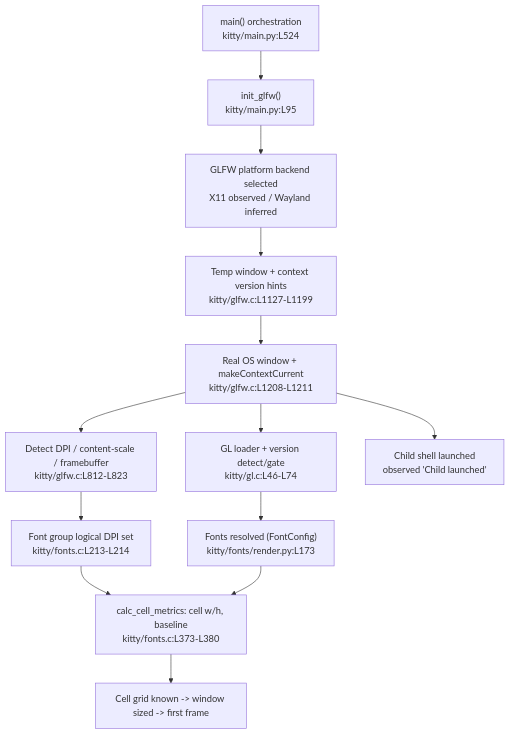
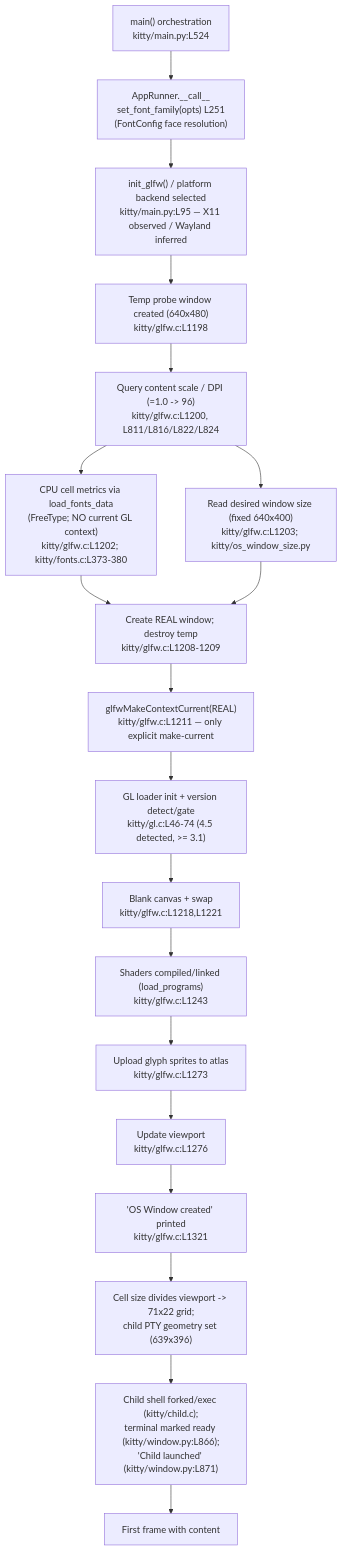
Before and after one commit to blitzy-research/kitty: the diagram in blitzy/documentation/kitty_815df1e210e0.md, drawn with Mermaid. The commit also changed other lines of this file, not shown here.

````diff
--- a/blitzy/documentation/kitty_815df1e210e0.md
+++ b/blitzy/documentation/kitty_815df1e210e0.md
@@ -343,15 +744,22 @@
 ```mermaid
 graph TD
-    A["main() orchestration<br/>kitty/main.py:L524"] --> B["init_glfw()<br/>kitty/main.py:L95"]
-    B --> C["GLFW platform backend selected<br/>X11 observed / Wayland inferred"]
-    C --> D["Temp window + context version hints<br/>kitty/glfw.c:L1127-L1199"]
-    D --> E["Real OS window + makeContextCurrent<br/>kitty/glfw.c:L1208-L1211"]
-    E --> F["GL loader + version detect/gate<br/>kitty/gl.c:L46-L74"]
-    E --> G["Detect DPI / content-scale / framebuffer<br/>kitty/glfw.c:L812-L823"]
-    G --> H["Font group logical DPI set<br/>kitty/fonts.c:L213-L214"]
-    F --> I["Fonts resolved (FontConfig)<br/>kitty/fonts/render.py:L173"]
-    H --> J["calc_cell_metrics: cell w/h, baseline<br/>kitty/fonts.c:L373-L380"]
-    I --> J
-    J --> K["Cell grid known -> window sized -> first frame"]
-    E --> L["Child shell launched<br/>observed 'Child launched'"]
+    A["main() orchestration<br/>kitty/main.py:L524"] --> RUN["AppRunner.__call__<br/>set_font_family(opts) L251<br/>(FontConfig face resolution)"]
+    RUN --> B["init_glfw() / platform backend selected<br/>kitty/main.py:L95 — X11 observed / Wayland inferred"]
+    B --> C["Temp probe window created (640x480)<br/>kitty/glfw.c:L1198"]
+    C --> D["Query content scale / DPI (=1.0 -> 96)<br/>kitty/glfw.c:L1200, L811/L816/L822/L824"]
+    D --> E["CPU cell metrics via load_fonts_data<br/>(FreeType; NO current GL context)<br/>kitty/glfw.c:L1202; kitty/fonts.c:L373-380"]
+    D --> F["Read desired window size (fixed 640x400)<br/>kitty/glfw.c:L1203; kitty/os_window_size.py"]
+    E --> G["Create REAL window; destroy temp<br/>kitty/glfw.c:L1208-1209"]
+    F --> G
+    G --> H["glfwMakeContextCurrent(REAL)<br/>kitty/glfw.c:L1211 — only explicit make-current"]
+    H --> I["GL loader init + version detect/gate<br/>kitty/gl.c:L46-74 (4.5 detected, >= 3.1)"]
+    I --> J["Blank canvas + swap<br/>kitty/glfw.c:L1218,L1221"]
+    J --> K["Shaders compiled/linked (load_programs)<br/>kitty/glfw.c:L1243"]
+    K --> L["Upload glyph sprites to atlas<br/>kitty/glfw.c:L1273"]
+    L --> M["Update viewport<br/>kitty/glfw.c:L1276"]
+    M --> N["'OS Window created' printed<br/>kitty/glfw.c:L1321"]
+    N --> O["Cell size divides viewport -> 71x22 grid;<br/>child PTY geometry set (639x396)"]
+    O --> P["Child shell forked/exec (kitty/child.c);<br/>terminal marked ready (kitty/window.py:L866);<br/>'Child launched' (kitty/window.py:L871)"]
+    P --> Q["First frame with content"]
+%% A window+DPI must exist before CPU cell metrics; GL context is needed only to UPLOAD/DRAW the glyphs, not to COMPUTE the cell size.
 ```
````
